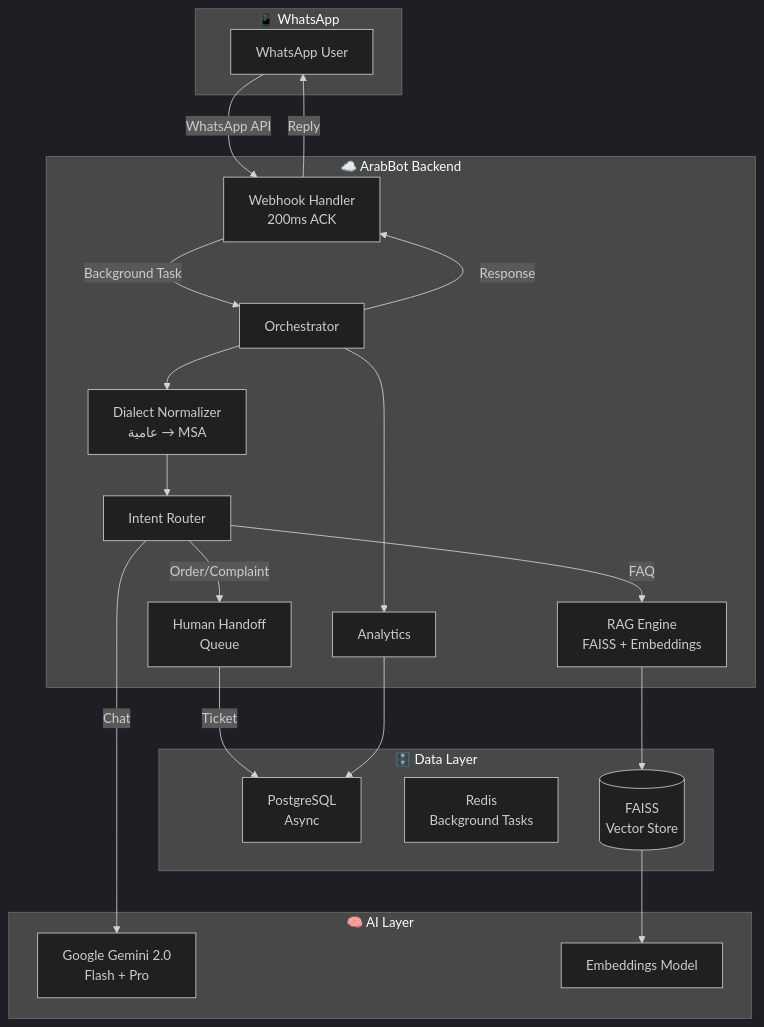
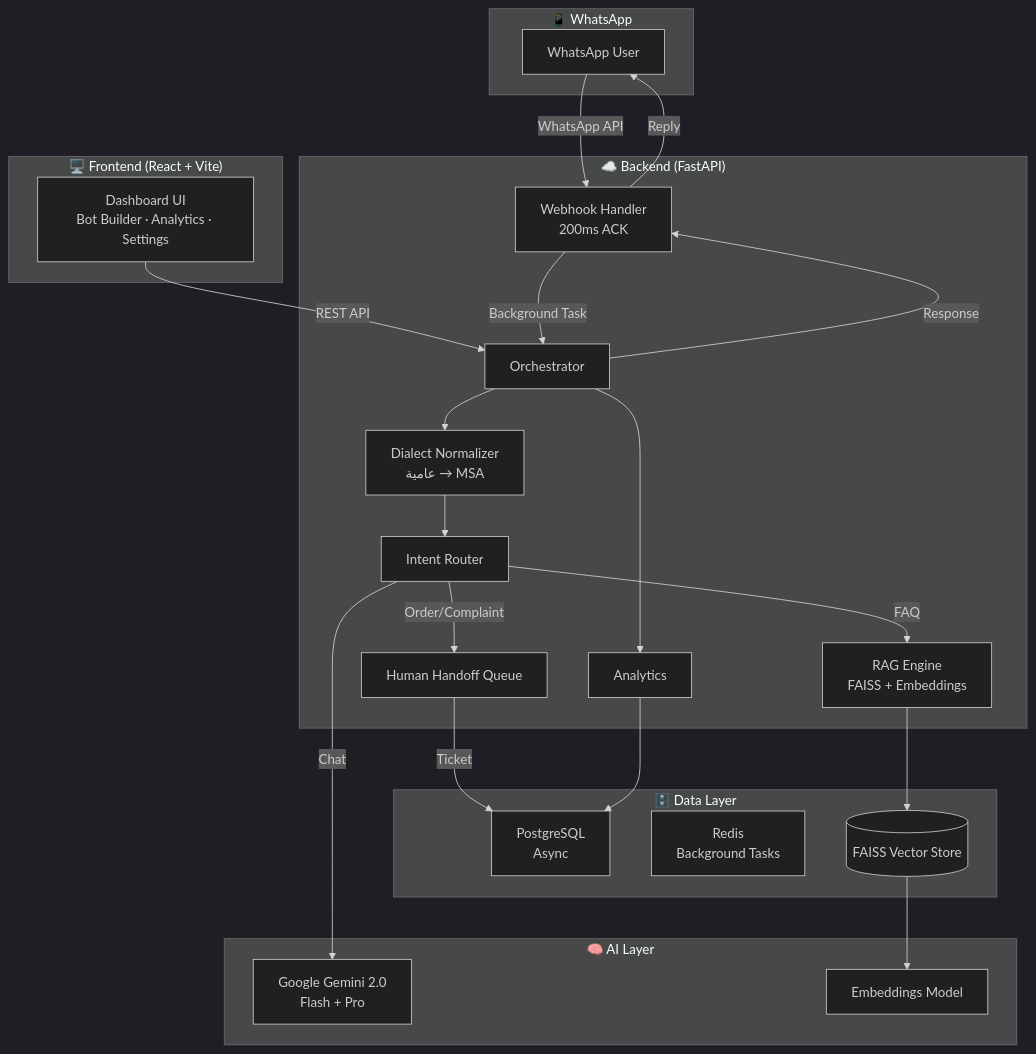
The first of 2 diagrams in README.md (AHMEDGabal1/arabbot-studio), drawn with Mermaid (dark theme) before and after one commit. The commit also changed other lines of this file, not shown here.

Commit message:
Rewrite README with comprehensive docs covering backend, frontend, design system, and API reference

````diff
--- a/README.md
+++ b/README.md
@@ -50,42 +59,47 @@
 ```mermaid
 graph TB
     subgraph "📱 WhatsApp"
         WA[WhatsApp User]
     end
 
-    subgraph "☁️ ArabBot Backend"
+    subgraph "🖥️ Frontend (React + Vite)"
+        UI[Dashboard UI<br/>Bot Builder · Analytics · Settings]
+    end
+
+    subgraph "☁️ Backend (FastAPI)"
         WB[Webhook Handler<br/>200ms ACK]
         RT[Intent Router]
         DN[Dialect Normalizer<br/>عامية → MSA]
         RG[RAG Engine<br/>FAISS + Embeddings]
         OR[Orchestrator]
-        HH[Human Handoff<br/>Queue]
+        HH[Human Handoff Queue]
         AN[Analytics]
     end
 
     subgraph "🗄️ Data Layer"
         PG[PostgreSQL<br/>Async]
         RD[Redis<br/>Background Tasks]
-        VS[(FAISS<br/>Vector Store)]
+        VS[(FAISS Vector Store)]
     end
 
     subgraph "🧠 AI Layer"
         GM[Google Gemini 2.0<br/>Flash + Pro]
         EM[Embeddings Model]
     end
 
     WA -->|WhatsApp API| WB
+    UI -->|REST API| OR
     WB -->|Background Task| OR
     OR --> DN
     DN --> RT
     RT -->|FAQ| RG
     RT -->|Order/Complaint| HH
     RT -->|Chat| GM
     RG --> VS
     VS --> EM
     HH -->|Ticket| PG
     OR -->|Response| WB
-    WB -->|Reply| WA
     OR --> AN
     AN --> PG
+    WB -->|Reply| WA
 ```
````
